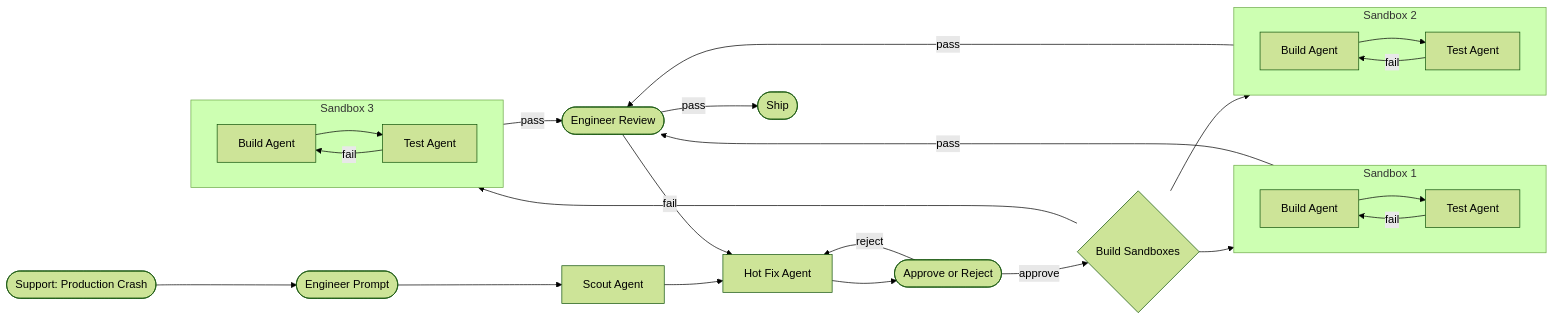
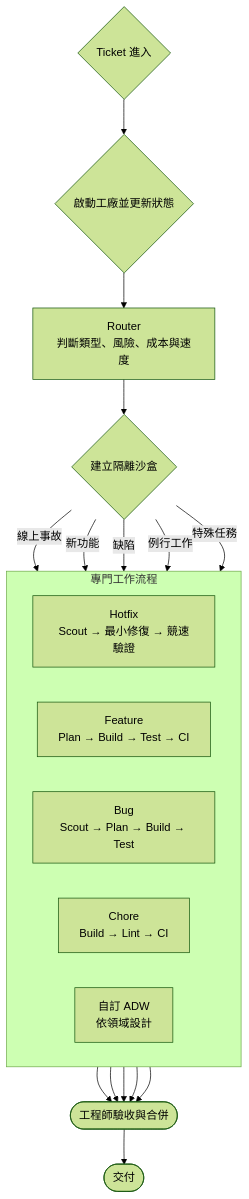
One commit to shaun-agent/agentic-coding-development-toolkit changed diagram 11 of 11 in README.md. Above: the diagram before and after it, drawn with Mermaid (forest theme). The commit also changed other lines of this file and 1 other file, not shown here.

````diff
--- a/README.md
+++ b/README.md
@@ -393,42 +259,33 @@
 ```mermaid
-flowchart LR
-    s12_crash_human(["Support: Production Crash"])
-    s12_prompt_human(["Engineer Prompt"])
-    s12_scout_agent["Scout Agent"]
-    s12_hotfix_agent["Hot Fix Agent"]
-    s12_gate_human(["Approve or Reject"])
-    s12_create_code{"Build Sandboxes"}
-    s12_review_human(["Engineer Review"])
-    s12_ship_human(["Ship"])
+flowchart TB
+    ticket{"Ticket 進入"}
+    start{"啟動工廠並更新狀態"}
+    router["Router<br/>判斷類型、風險、成本與速度"]
+    sandbox{"建立隔離沙盒"}
 
-    s12_crash_human --> s12_prompt_human --> s12_scout_agent --> s12_hotfix_agent --> s12_gate_human
-    s12_gate_human -->|reject| s12_hotfix_agent
-    s12_gate_human -->|approve| s12_create_code
+    ticket --> start --> router --> sandbox
 
-    subgraph s12_sandbox_1["Sandbox 1"]
+    subgraph workflows["專門工作流程"]
         direction LR
-        s12_sb1_build_agent["Build Agent"] --> s12_sb1_test_agent["Test Agent"]
-        s12_sb1_test_agent -->|fail| s12_sb1_build_agent
+        hotfix["Hotfix<br/>Scout → 最小修復 → 競速驗證"]
+        feature["Feature<br/>Plan → Build → Test → CI"]
+        bug["Bug<br/>Scout → Plan → Build → Test"]
+        chore["Chore<br/>Build → Lint → CI"]
+        custom["自訂 ADW<br/>依領域設計"]
     end
 
-    subgraph s12_sandbox_2["Sandbox 2"]
-        direction LR
-        s12_sb2_build_agent["Build Agent"] --> s12_sb2_test_agent["Test Agent"]
-        s12_sb2_test_agent -->|fail| s12_sb2_build_agent
-    end
+    merge(["工程師驗收與合併"])
+    ship(["交付"])
 
-    subgraph s12_sandbox_3["Sandbox 3"]
-        direction LR
-        s12_sb3_build_agent["Build Agent"] --> s12_sb3_test_agent["Test Agent"]
-        s12_sb3_test_agent -->|fail| s12_sb3_build_agent
-    end
-
-    s12_create_code --> s12_sb1_build_agent
-    s12_create_code --> s12_sb2_build_agent
-    s12_create_code --> s12_sb3_build_agent
-    s12_sb1_test_agent -->|pass| s12_review_human
-    s12_sb2_test_agent -->|pass| s12_review_human
-    s12_sb3_test_agent -->|pass| s12_review_human
-    s12_review_human -->|fail| s12_hotfix_agent
-    s12_review_human -->|pass| s12_ship_human
+    sandbox -->|線上事故| hotfix
+    sandbox -->|新功能| feature
+    sandbox -->|缺陷| bug
+    sandbox -->|例行工作| chore
+    sandbox -->|特殊任務| custom
+    hotfix --> merge
+    feature --> merge
+    bug --> merge
+    chore --> merge
+    custom --> merge
+    merge --> ship
 ```
````
